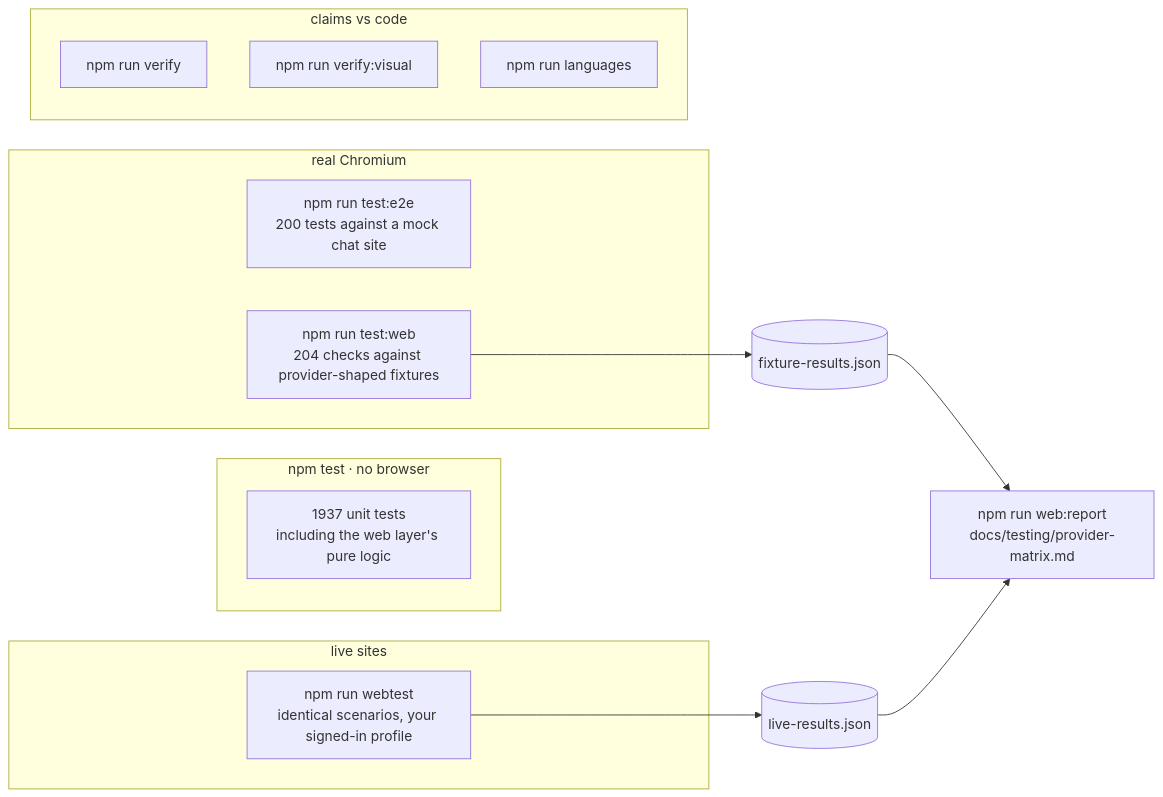
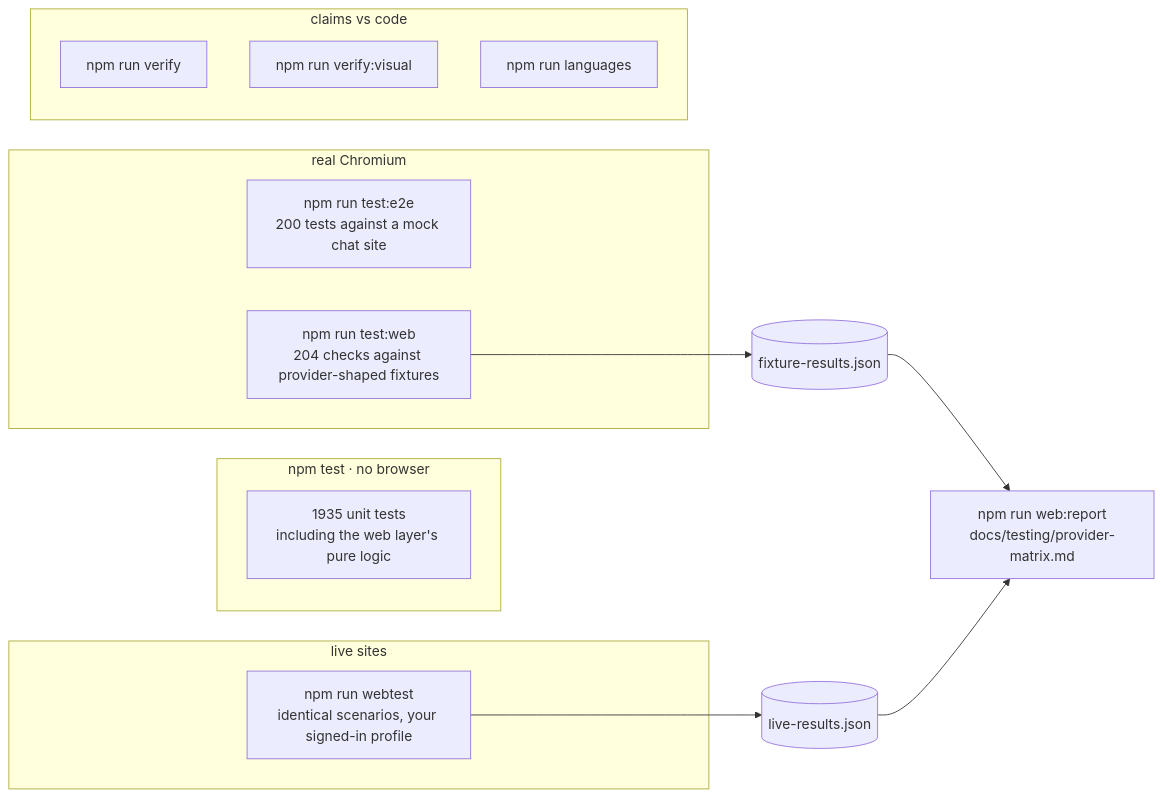
Before and after one commit to siddarth1872004/CloseNI: the eighth of 9 diagrams in README.md, drawn with Mermaid. The commit also changed other lines of this file and 5 other files, not shown here.

````diff
--- a/README.md
+++ b/README.md
@@ -594,21 +593,21 @@
 ```mermaid
 flowchart LR
     subgraph unit["npm test · no browser"]
-        U1["1937 unit tests<br/>including the web layer's pure logic"]
+        U1["1935 unit tests<br/>including the web layer's pure logic"]
     end
     subgraph browser["real Chromium"]
         E2E["npm run test:e2e<br/>200 tests against a mock chat site"]
         WEB["npm run test:web<br/>204 checks against provider-shaped fixtures"]
     end
     subgraph live["live sites"]
         WT["npm run webtest<br/>identical scenarios, your signed-in profile"]
     end
     subgraph meta["claims vs code"]
         VF["npm run verify"]
         VV["npm run verify:visual"]
         LG["npm run languages"]
     end
     WEB --> FR[("fixture-results.json")]
     WT --> LR[("live-results.json")]
     FR & LR --> REP["npm run web:report<br/>docs/testing/provider-matrix.md"]
 ```
````
